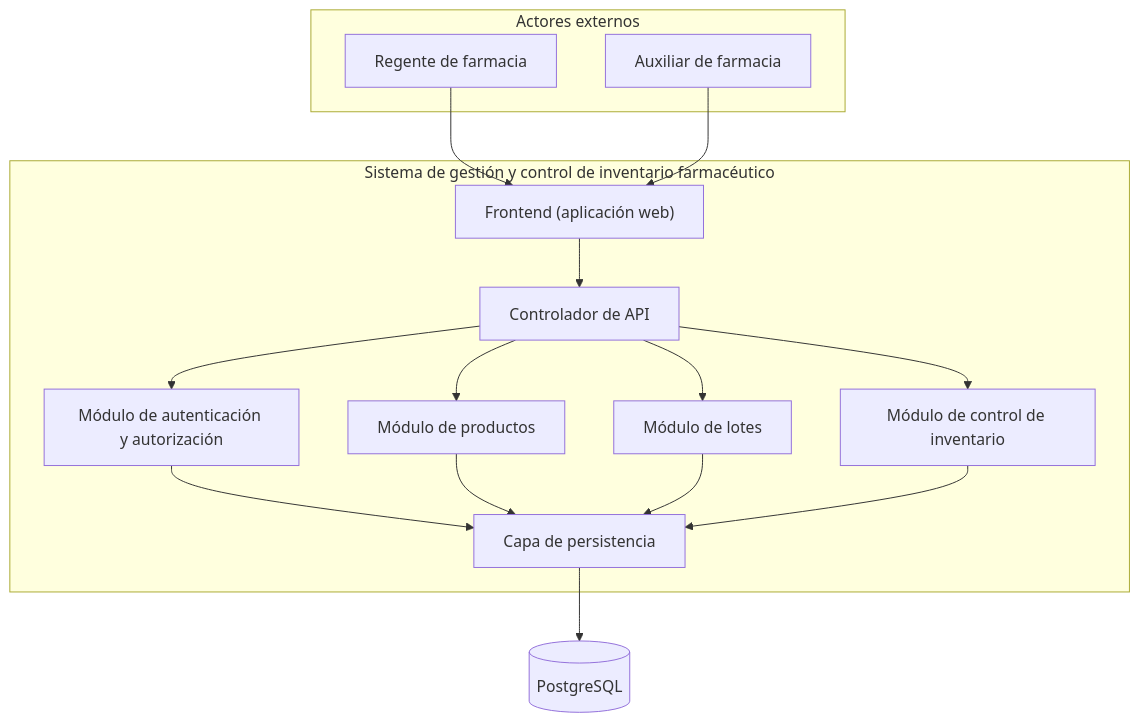
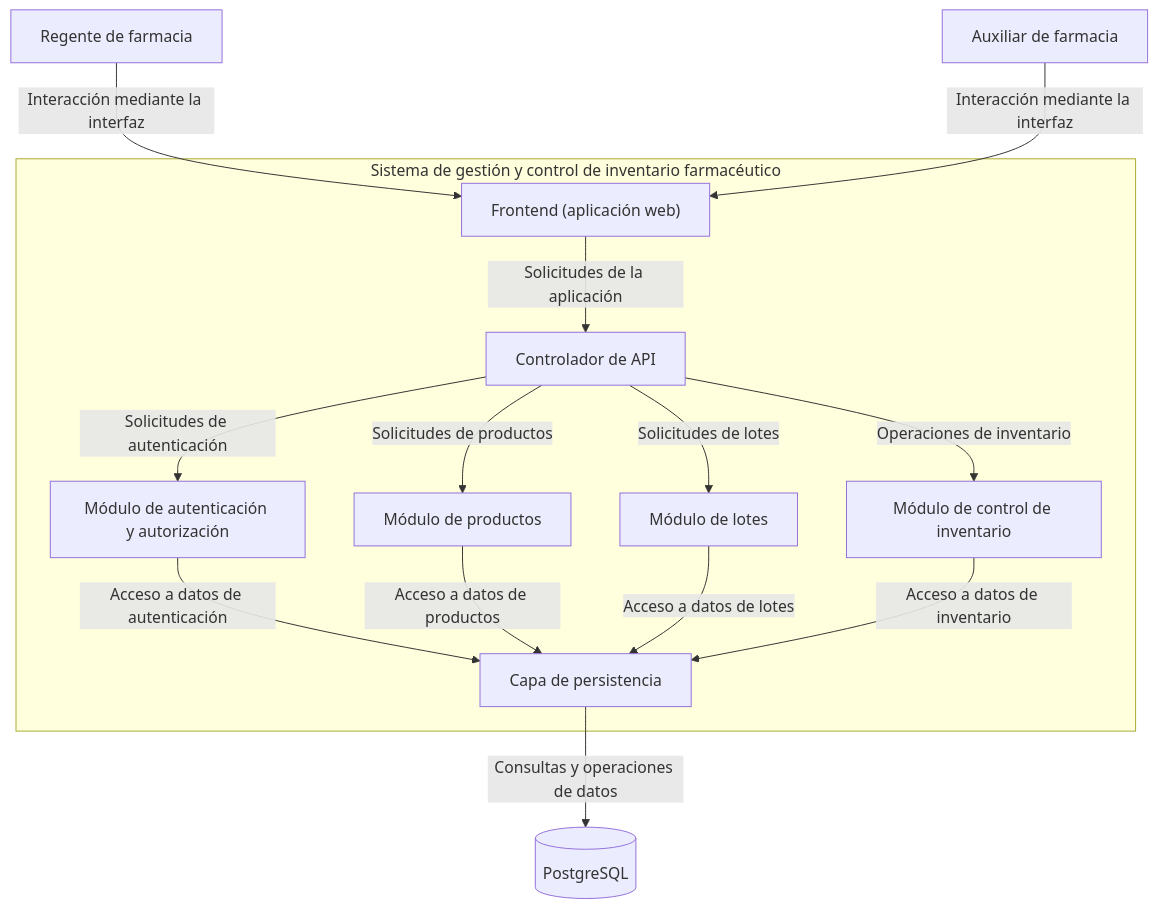
Before and after one commit to anmorenol63/Ingesoft_t6: the second of 3 diagrams in docs/design/01_Architectural_and_Detailed_Design.md, drawn with Mermaid. The commit also changed other lines of this file, not shown here.

First line of the commit message:
Revise architectural design for authentication handling

````diff
--- a/docs/design/01_Architectural_and_Detailed_Design.md
+++ b/docs/design/01_Architectural_and_Detailed_Design.md
@@ -99,38 +87,36 @@
 ```mermaid
 flowchart TB
-    subgraph USUARIOS["Actores externos"]
-        R["Regente de farmacia"]
-        A["Auxiliar de farmacia"]
-    end
+    R["Regente de farmacia"]
+    A["Auxiliar de farmacia"]
 
-    subgraph SISTEMA["Sistema de gestión y control de inventario farmacéutico"]
-        UI["Frontend (aplicación web)"]
+    subgraph SYS["Sistema de gestión y control de inventario farmacéutico"]
+        FE["Frontend (aplicación web)"]
         API["Controlador de API"]
 
         AUTH["Módulo de autenticación y autorización"]
         PROD["Módulo de productos"]
         LOT["Módulo de lotes"]
         INV["Módulo de control de inventario"]
 
         PERSIST["Capa de persistencia"]
+
+        FE -->|"Solicitudes de la aplicación"| API
+
+        API -->|"Solicitudes de autenticación"| AUTH
+        API -->|"Solicitudes de productos"| PROD
+        API -->|"Solicitudes de lotes"| LOT
+        API -->|"Operaciones de inventario"| INV
+
+        AUTH -->|"Acceso a datos de autenticación"| PERSIST
+        PROD -->|"Acceso a datos de productos"| PERSIST
+        LOT -->|"Acceso a datos de lotes"| PERSIST
+        INV -->|"Acceso a datos de inventario"| PERSIST
     end
 
     DB[("PostgreSQL")]
 
-    R --> UI
-    A --> UI
+    R -->|"Interacción mediante la interfaz"| FE
+    A -->|"Interacción mediante la interfaz"| FE
 
-    UI --> API
-
-    API --> AUTH
-    API --> PROD
-    API --> LOT
-    API --> INV
-
-    AUTH --> PERSIST
-    PROD --> PERSIST
-    LOT --> PERSIST
-    INV --> PERSIST
-
-    PERSIST --> DB
+    PERSIST -->|"Consultas y operaciones de datos"| DB
 ```
````
